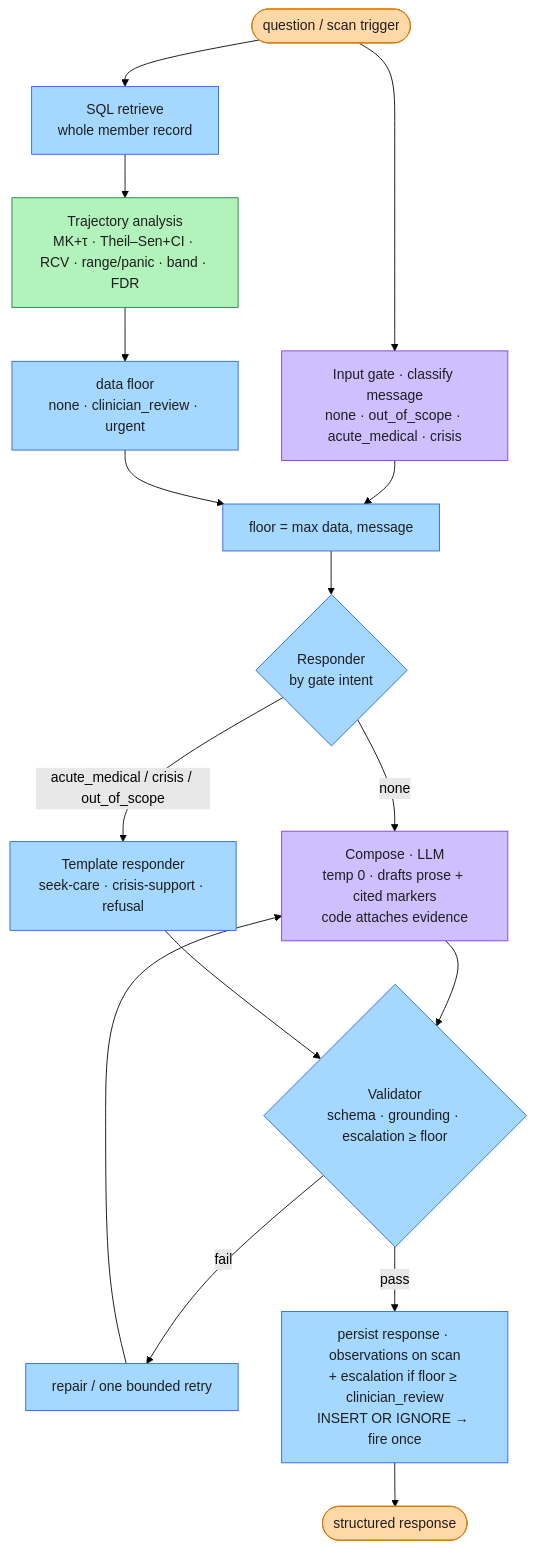
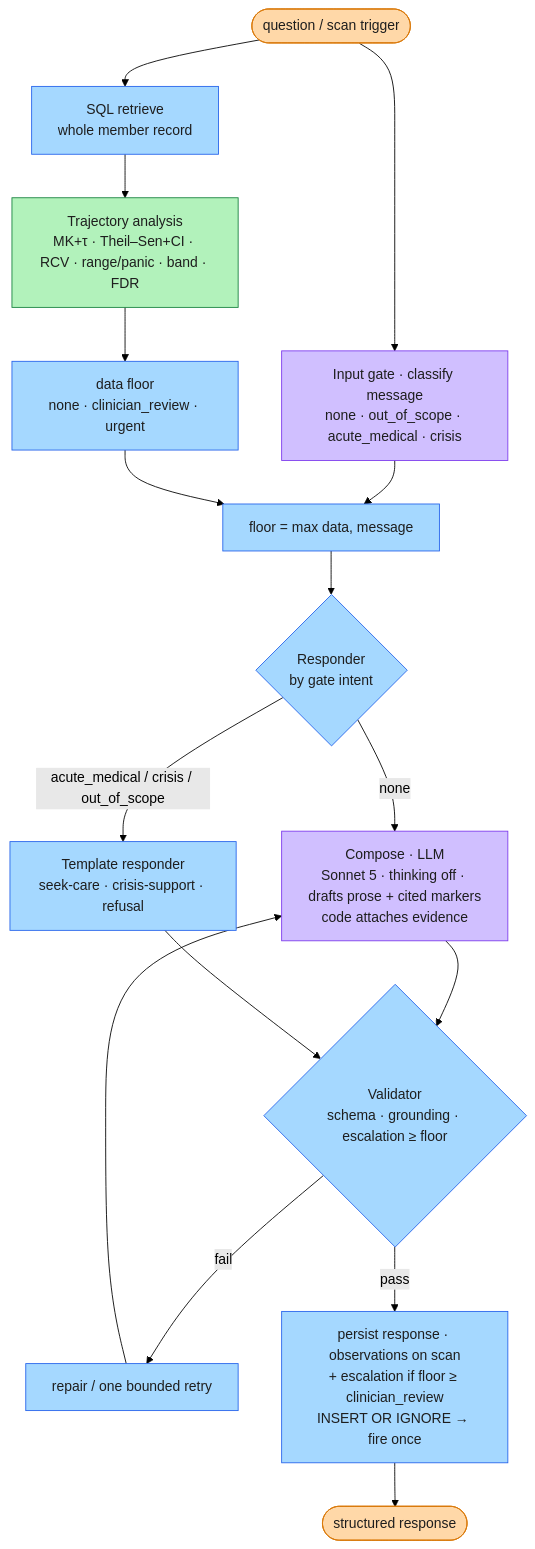
The second of 11 diagrams in docs/architecture.md (franalli/health-agent-lab), drawn with Mermaid (forest theme) before and after one commit. The commit also changed other lines of this file and 35 other files, not shown here.

````diff
--- a/docs/architecture.md
+++ b/docs/architecture.md
@@ -100,22 +100,22 @@
 ```mermaid
 flowchart TD
   Q([question / scan trigger]):::io --> R[SQL retrieve<br/>whole member record]:::det
   R --> A[Trajectory analysis<br/>MK+τ · Theil–Sen+CI · RCV · range/panic · band · FDR]:::stat
   A --> DF[data floor<br/>none · clinician_review · urgent]:::det
   Q --> G[Input gate · classify message<br/>none · out_of_scope · acute_medical · crisis]:::gen
   G --> FL[floor = max data, message]:::det
   DF --> FL
   FL --> RT{Responder<br/>by gate intent}:::det
-  RT -- none --> C[Compose · LLM<br/>temp 0 · drafts prose + cited markers<br/>code attaches evidence]:::gen
+  RT -- none --> C[Compose · LLM<br/>Sonnet 5 · thinking off · drafts prose + cited markers<br/>code attaches evidence]:::gen
   RT -- acute_medical / crisis / out_of_scope --> T[Template responder<br/>seek-care · crisis-support · refusal]:::det
   C --> V{Validator<br/>schema · grounding · escalation ≥ floor}:::det
   T --> V
   V -- fail --> RP[repair / one bounded retry]:::det
   RP --> C
   V -- pass --> P[persist response · observations on scan<br/>+ escalation if floor ≥ clinician_review<br/>INSERT OR IGNORE → fire once]:::det
   P --> O([structured response]):::io
   classDef det fill:#a5d8ff,stroke:#2563eb,color:#1e1e1e
   classDef stat fill:#b2f2bb,stroke:#15803d,color:#1e1e1e
   classDef gen fill:#d0bfff,stroke:#7c3aed,color:#1e1e1e
   classDef io fill:#ffd8a8,stroke:#d97706,color:#1e1e1e
 ```
````
